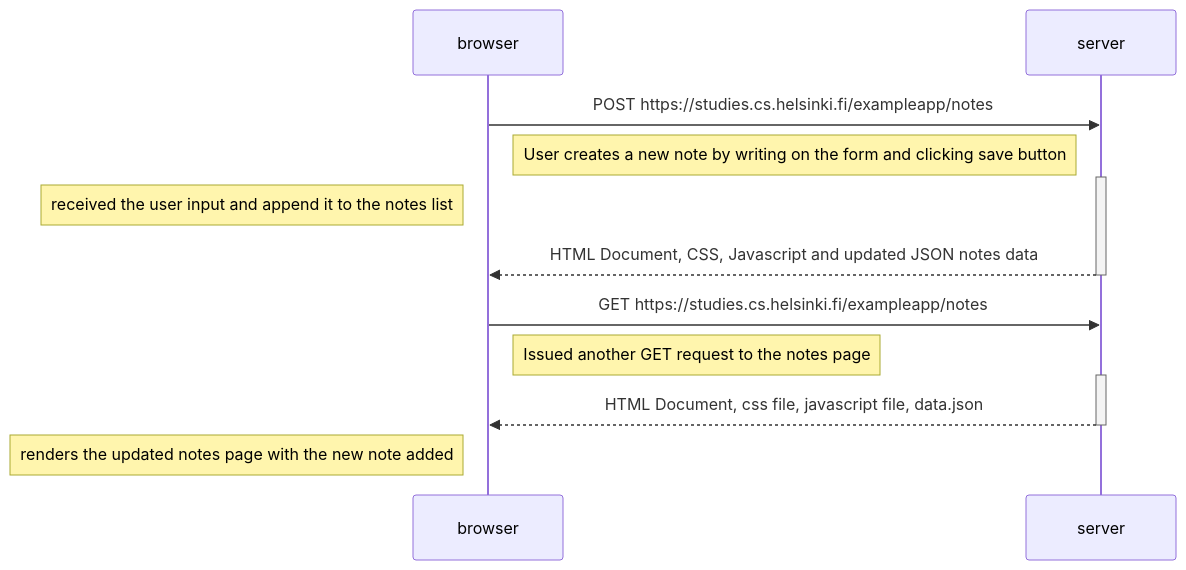
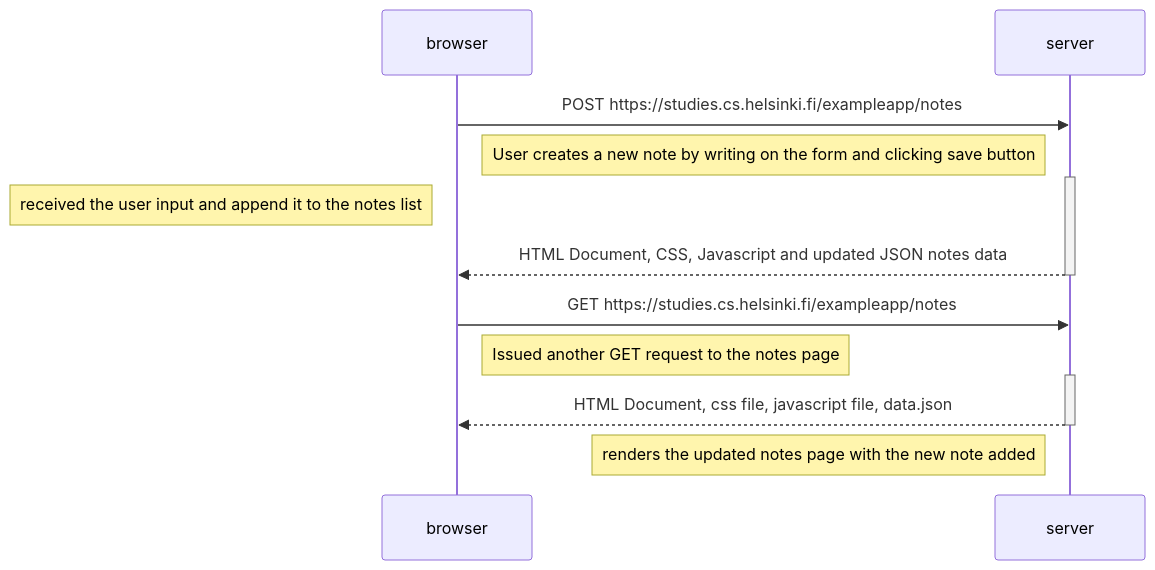
The diagram in part0/exercise04.md (rieljasperapos/fullstackopen), drawn with Mermaid before and after one commit.

Commit message:
exercise 04

````diff
--- a/part0/exercise04.md
+++ b/part0/exercise04.md
@@ -1,22 +1,22 @@
 ```mermaid
 sequenceDiagram
     participant browser
     participant server
 
 
     browser->>server: POST https://studies.cs.helsinki.fi/exampleapp/notes
     Note right of browser: User creates a new note by writing on the form and clicking save button
     activate server
 
     Note left of browser: received the user input and append it to the notes list
     server-->>browser: HTML Document, CSS, Javascript and updated JSON notes data
     deactivate server
  
     browser->>server: GET https://studies.cs.helsinki.fi/exampleapp/notes
     Note right of browser: Issued another GET request to the notes page 
     activate server
     server-->>browser: HTML Document, css file, javascript file, data.json
     deactivate server
 
-    Note left of browser: renders the updated notes page with the new note added
+    Note left of server: renders the updated notes page with the new note added
 ```
````
